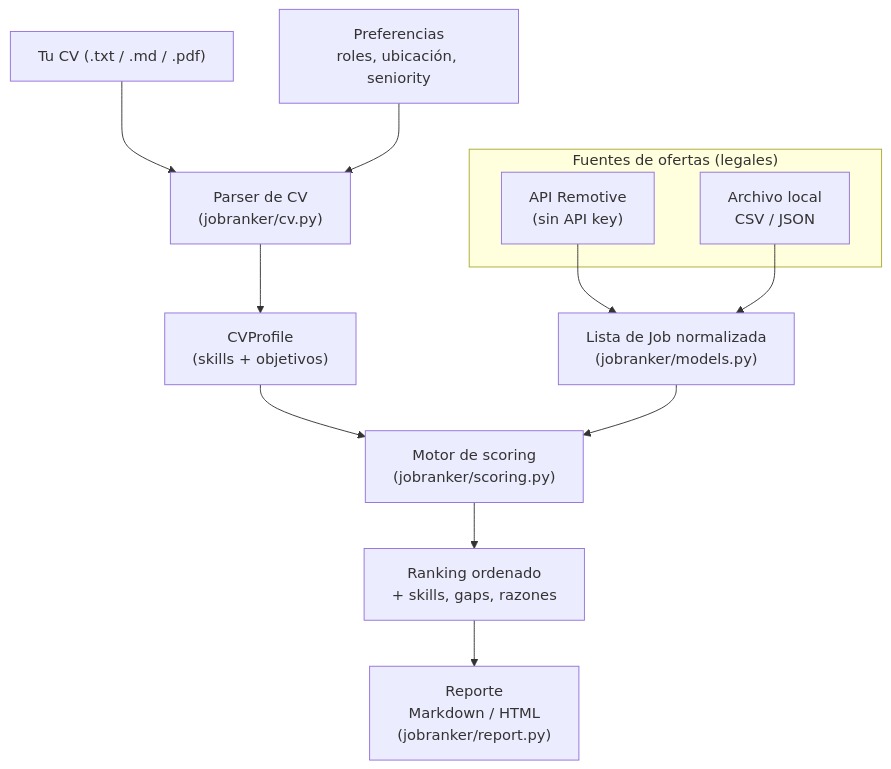
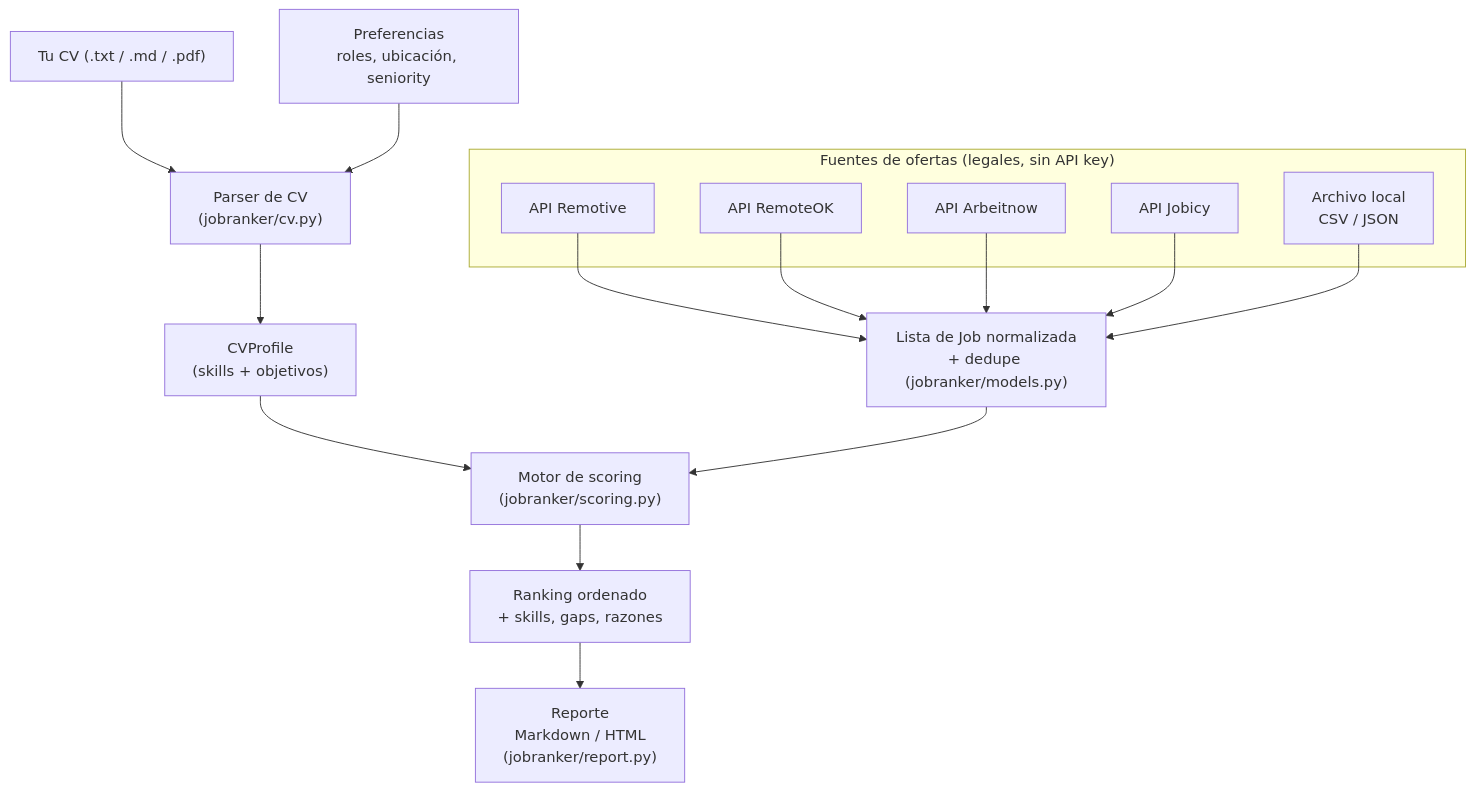
The diagram in README.md (JaunMarin423/job-offer-analyzer), drawn with Mermaid before and after one commit. The commit also changed other lines of this file and 10 other files, not shown here.

Commit message:
Add free no-key sources (RemoteOK, Arbeitnow, Jobicy) with dedup + tests

````diff
--- a/README.md
+++ b/README.md
@@ -32,18 +32,24 @@
 ```mermaid
 flowchart TD
     CV["Tu CV (.txt / .md / .pdf)"] --> P["Parser de CV<br/>(jobranker/cv.py)"]
     PREF["Preferencias<br/>roles, ubicación, seniority"] --> P
     P --> PROF["CVProfile<br/>(skills + objetivos)"]
 
-    subgraph fuentes["Fuentes de ofertas (legales)"]
-        R["API Remotive<br/>(sin API key)"]
+    subgraph fuentes["Fuentes de ofertas (legales, sin API key)"]
+        R["API Remotive"]
+        RO["API RemoteOK"]
+        AN["API Arbeitnow"]
+        JO["API Jobicy"]
         F["Archivo local<br/>CSV / JSON"]
     end
-    R --> JOBS["Lista de Job normalizada<br/>(jobranker/models.py)"]
+    R --> JOBS["Lista de Job normalizada<br/>+ dedupe (jobranker/models.py)"]
+    RO --> JOBS
+    AN --> JOBS
+    JO --> JOBS
     F --> JOBS
 
     PROF --> SCORE["Motor de scoring<br/>(jobranker/scoring.py)"]
     JOBS --> SCORE
     SCORE --> RANK["Ranking ordenado<br/>+ skills, gaps, razones"]
     RANK --> OUT["Reporte<br/>Markdown / HTML<br/>(jobranker/report.py)"]
 ```
````
